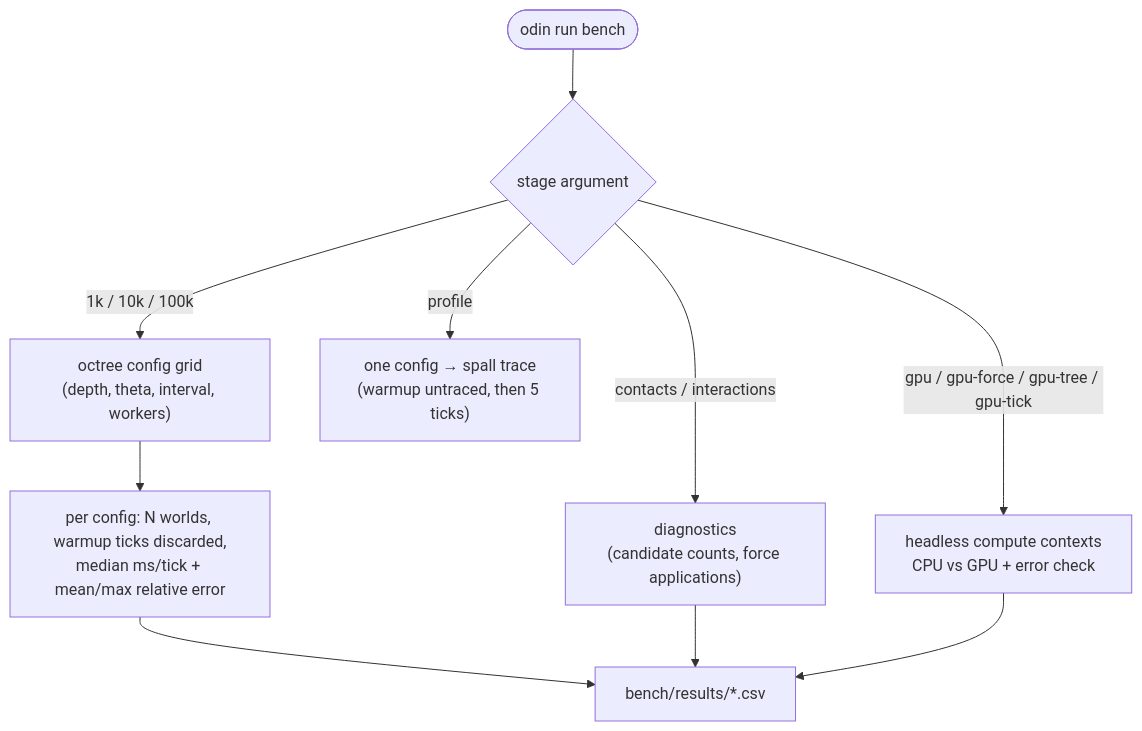
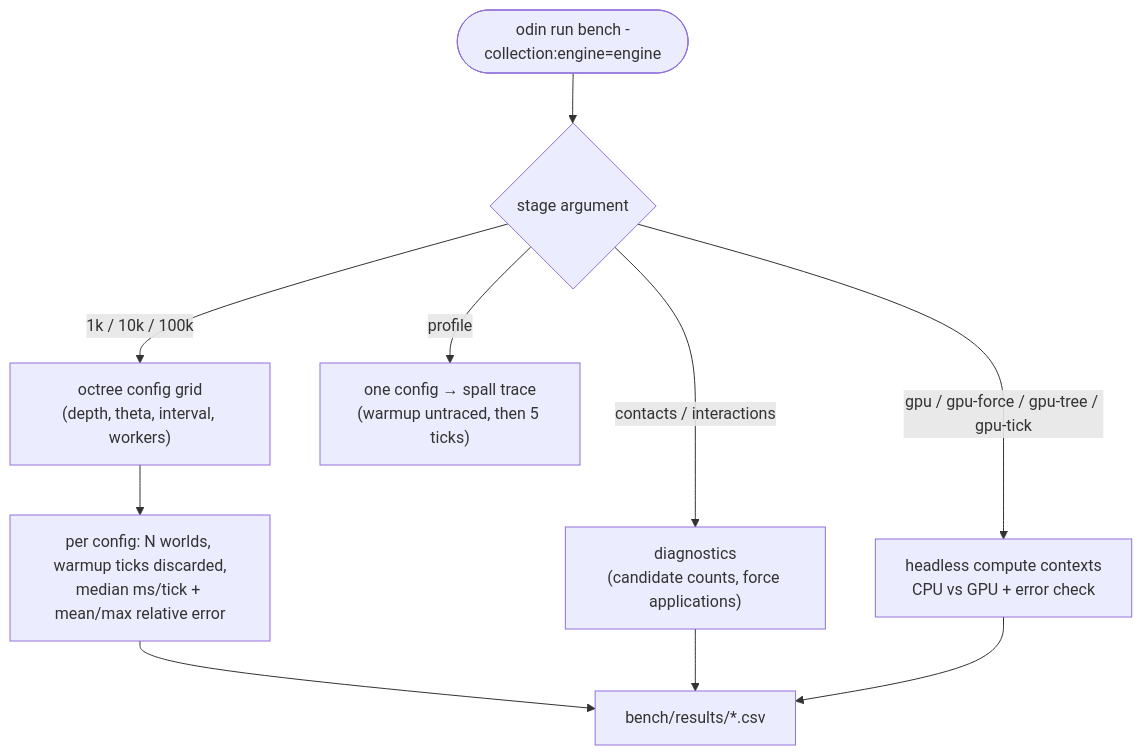
The diagram in docs/benchmark.md (TanukiConDos/Gravity-Simulator), drawn with Mermaid before and after one commit. The commit also changed other lines of this file and 115 other files, not shown here.

````diff
--- a/docs/benchmark.md
+++ b/docs/benchmark.md
@@ -11,13 +11,13 @@
 ```mermaid
 flowchart TD
-    run(["odin run bench"]) --> arg{"stage argument"}
+    run(["odin run bench -collection:engine=engine"]) --> arg{"stage argument"}
     arg -->|"1k / 10k / 100k"| sweep["octree config grid<br/>(depth, theta, interval, workers)"]
     arg -->|"contacts / interactions"| diag["diagnostics<br/>(candidate counts, force applications)"]
     arg -->|"profile"| spall["one config → spall trace<br/>(warmup untraced, then 5 ticks)"]
     arg -->|"gpu / gpu-force / gpu-tree / gpu-tick"| gpu["headless compute contexts<br/>CPU vs GPU + error check"]
 
     sweep --> percfg["per config: N worlds, warmup ticks discarded,<br/>median ms/tick + mean/max relative error"]
     percfg --> csv["bench/results/*.csv"]
     diag --> csv
     gpu --> csv
 ```
````
